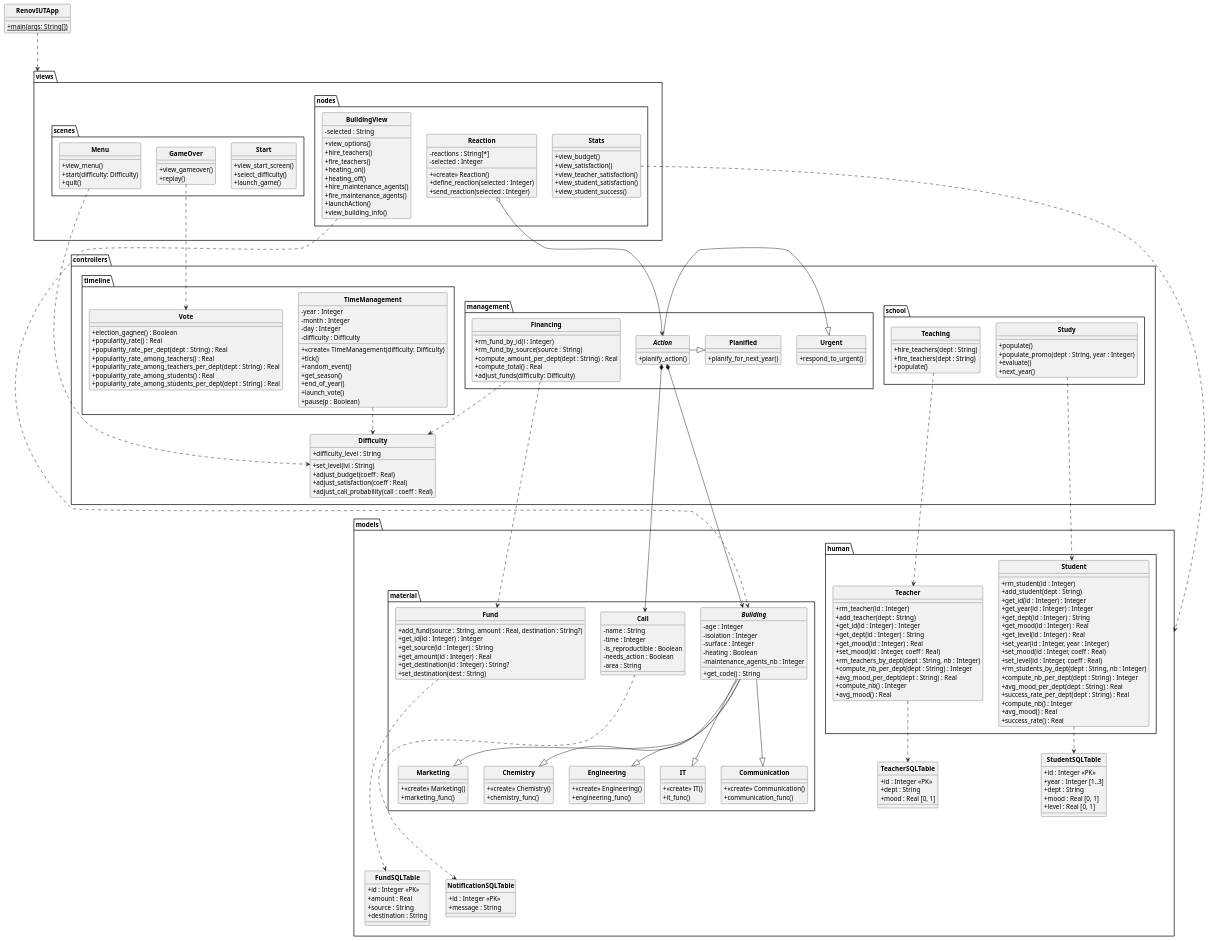
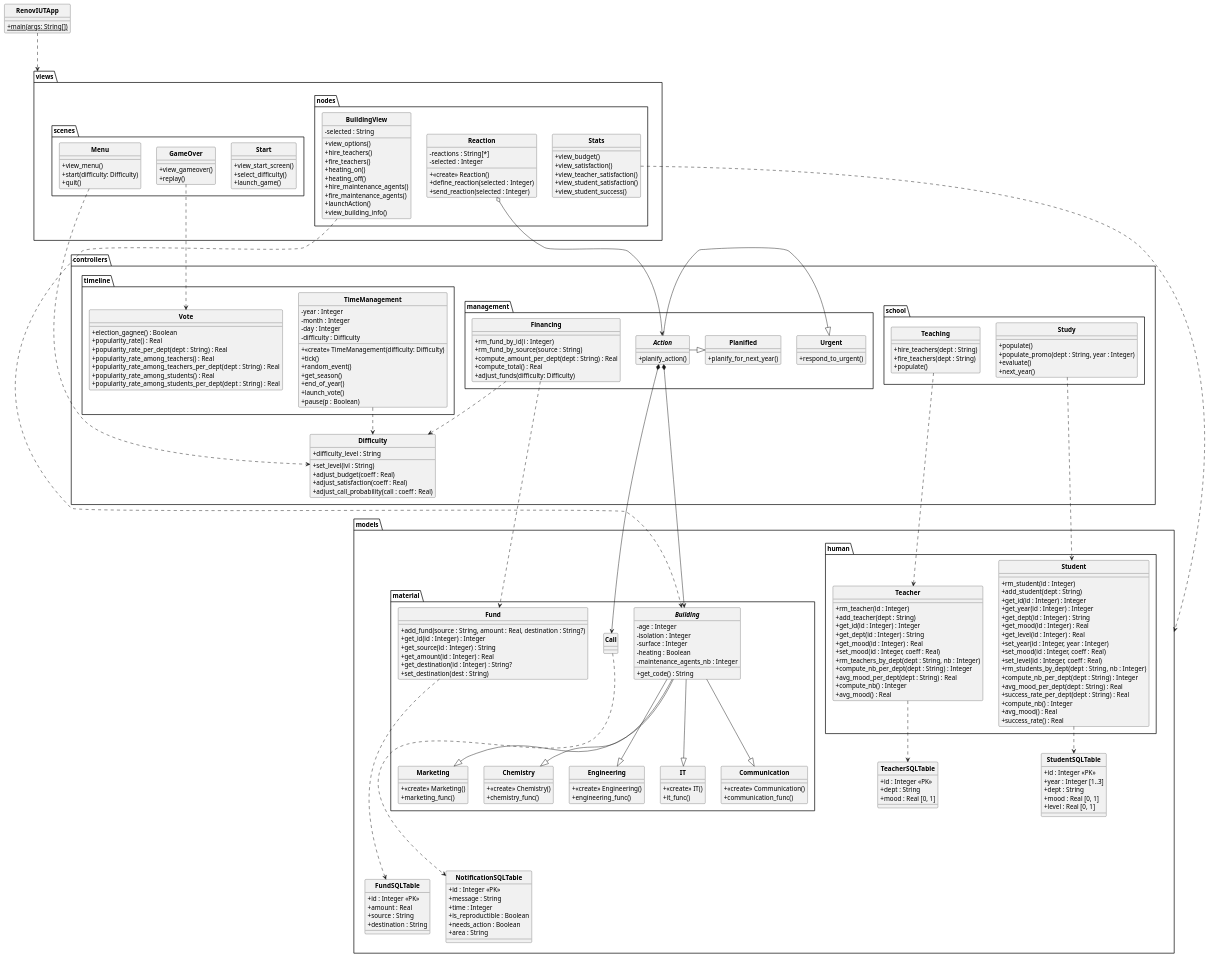
Before and after one commit to MartinFrison/Renov-IUT: the diagram in uml/renov-iut.puml, drawn with PlantUML. The commit also changed 1 other file, not shown here.

Commit message:
petit fix UML

```diff
--- a/uml/renov-iut.puml
+++ b/uml/renov-iut.puml
@@ -250,11 +250,7 @@
 
 				class Call
 				{
-					- name : String
-					- time : Integer
-					- is_reproductible : Boolean
-					- needs_action : Boolean
-					- area : String
+					'à coder
 				}
     }
 
@@ -286,6 +282,10 @@
     {
         + id : Integer <<PK>>
         + message : String
+        + time : Integer
+        + is_reproductible : Boolean
+        + needs_action : Boolean
+        + area : String
     }
 }
 
```
